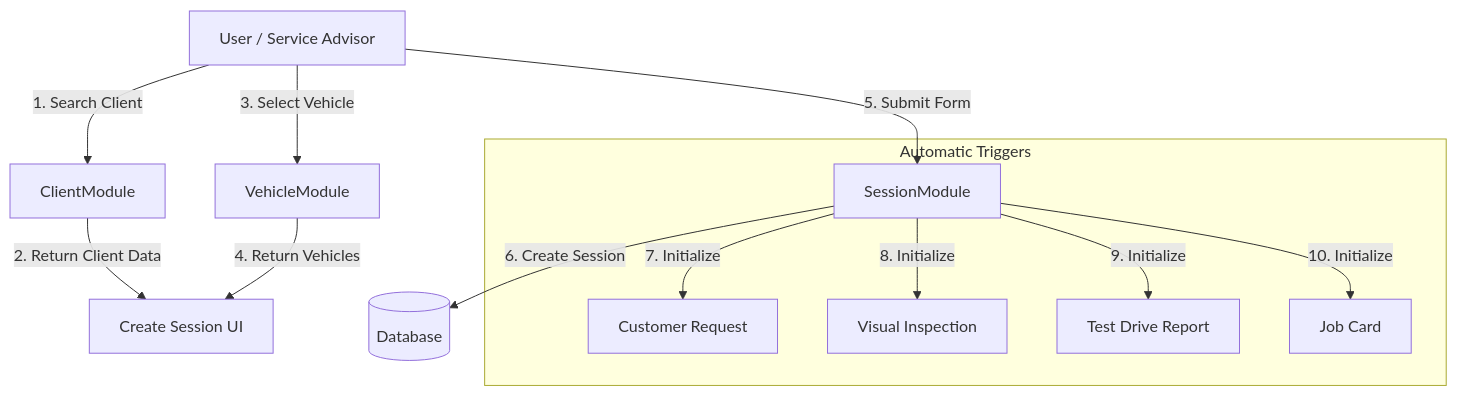
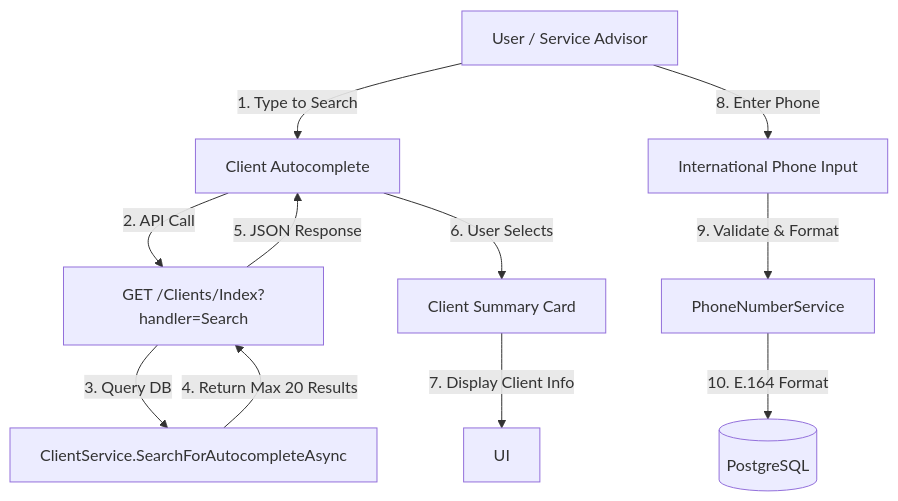
The diagram in PROJECT_UX_REPORT.md (husainf4l/gixat), drawn with Mermaid before and after one commit. The commit also changed other lines of this file and 25 other files, not shown here.

````diff
--- a/PROJECT_UX_REPORT.md
+++ b/PROJECT_UX_REPORT.md
@@ -57,19 +76,16 @@
 ```mermaid
 graph TD
-    User[User / Service Advisor] -->|1. Search Client| ClientModule
-    ClientModule -->|2. Return Client Data| UI[Create Session UI]
+    User[User / Service Advisor] -->|1. Type to Search| ClientAutocomplete[Client Autocomplete]
+    ClientAutocomplete -->|2. API Call| SearchAPI[GET /Clients/Index?handler=Search]
     
-    User -->|3. Select Vehicle| VehicleModule
-    VehicleModule -->|4. Return Vehicles| UI
+    SearchAPI -->|3. Query DB| ClientService[ClientService.SearchForAutocompleteAsync]
+    ClientService -->|4. Return Max 20 Results| SearchAPI
+    SearchAPI -->|5. JSON Response| ClientAutocomplete
     
-    User -->|5. Submit Form| SessionModule
+    ClientAutocomplete -->|6. User Selects| SummaryCard[Client Summary Card]
+    SummaryCard -->|7. Display Client Info| UI
     
-    SessionModule -->|6. Create Session| DB[(Database)]
-    
-    subgraph "Automatic Triggers"
-        SessionModule -->|7. Initialize| Request[Customer Request]
-        SessionModule -->|8. Initialize| Inspection[Visual Inspection]
-        SessionModule -->|9. Initialize| TestDrive[Test Drive Report]
-        SessionModule -->|10. Initialize| JobCard[Job Card]
-    end
+    User -->|8. Enter Phone| PhoneInput[International Phone Input]
+    PhoneInput -->|9. Validate & Format| PhoneService[PhoneNumberService]
+    PhoneService -->|10. E.164 Format| Database[(PostgreSQL)]
 ```
````
